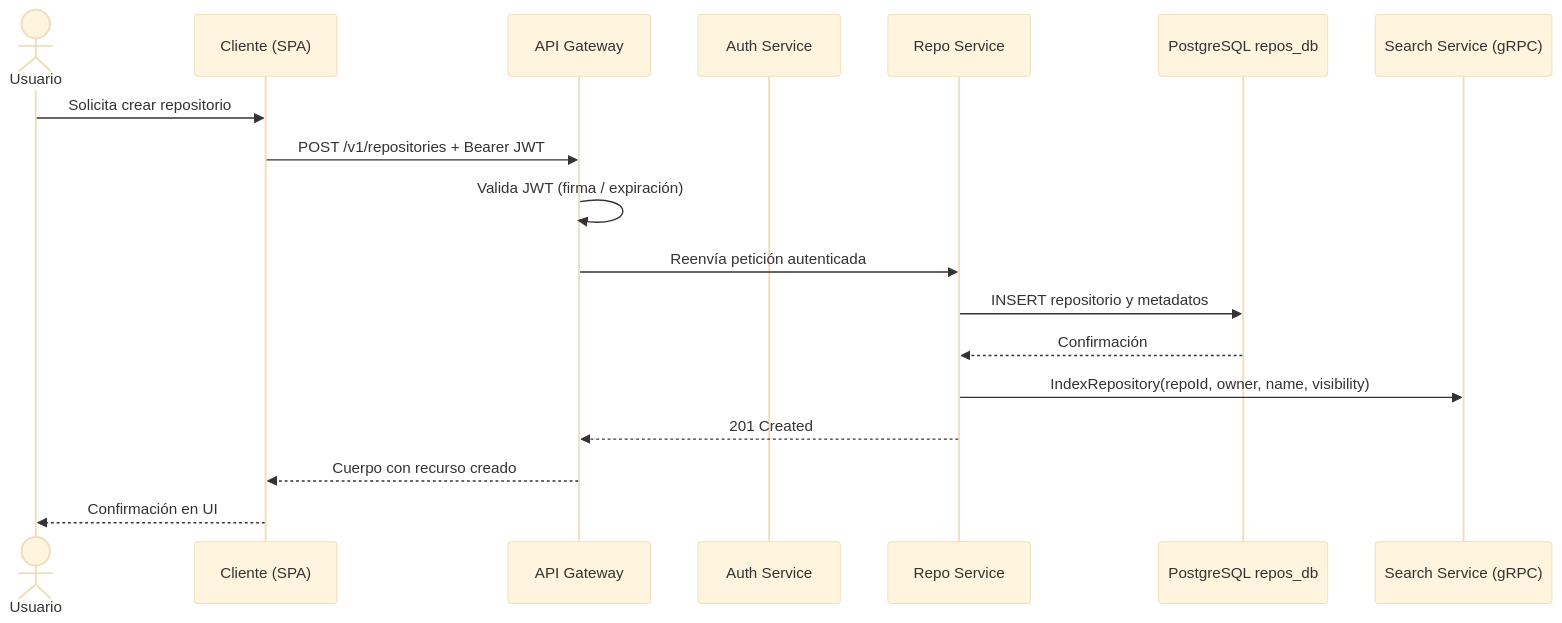
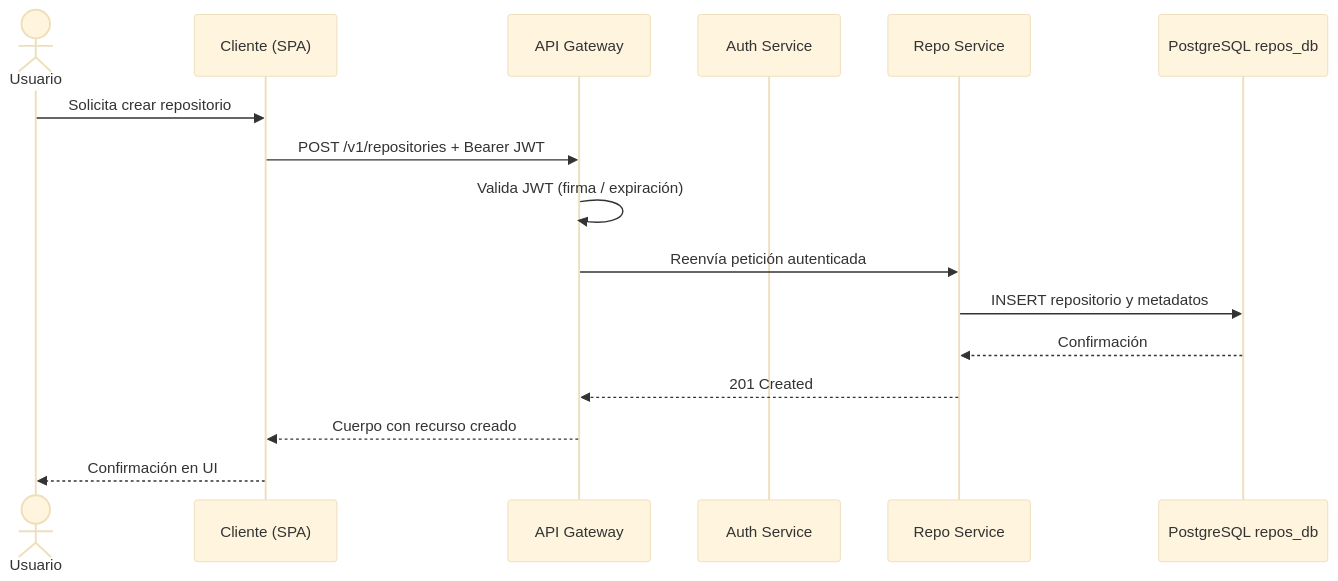
One commit to dtarqui/github-docs changed the first of 3 diagrams in docs/semana1/Github - Diseño Técnico.md. Above: the diagram before and after it, drawn with Mermaid (base theme). The commit also changed other lines of this file and 2 other files, not shown here.

````diff
--- a/docs/semana1/Github - Diseño Técnico.md
+++ b/docs/semana1/Github - Diseño Técnico.md
@@ -553,21 +559,19 @@
 ```mermaid
 sequenceDiagram
     actor Usuario
     participant SPA as Cliente (SPA)
     participant GW as API Gateway
     participant Auth as Auth Service
     participant Repo as Repo Service
     participant DB as PostgreSQL repos_db
-   participant Search as Search Service (gRPC)
 
     Usuario->>SPA: Solicita crear repositorio
     SPA->>GW: POST /v1/repositories + Bearer JWT
     GW->>GW: Valida JWT (firma / expiración)
     GW->>Repo: Reenvía petición autenticada
     Repo->>DB: INSERT repositorio y metadatos
     DB-->>Repo: Confirmación
-   Repo->>Search: IndexRepository(repoId, owner, name, visibility)
     Repo-->>GW: 201 Created
     GW-->>SPA: Cuerpo con recurso creado
     SPA-->>Usuario: Confirmación en UI
 ```
````
